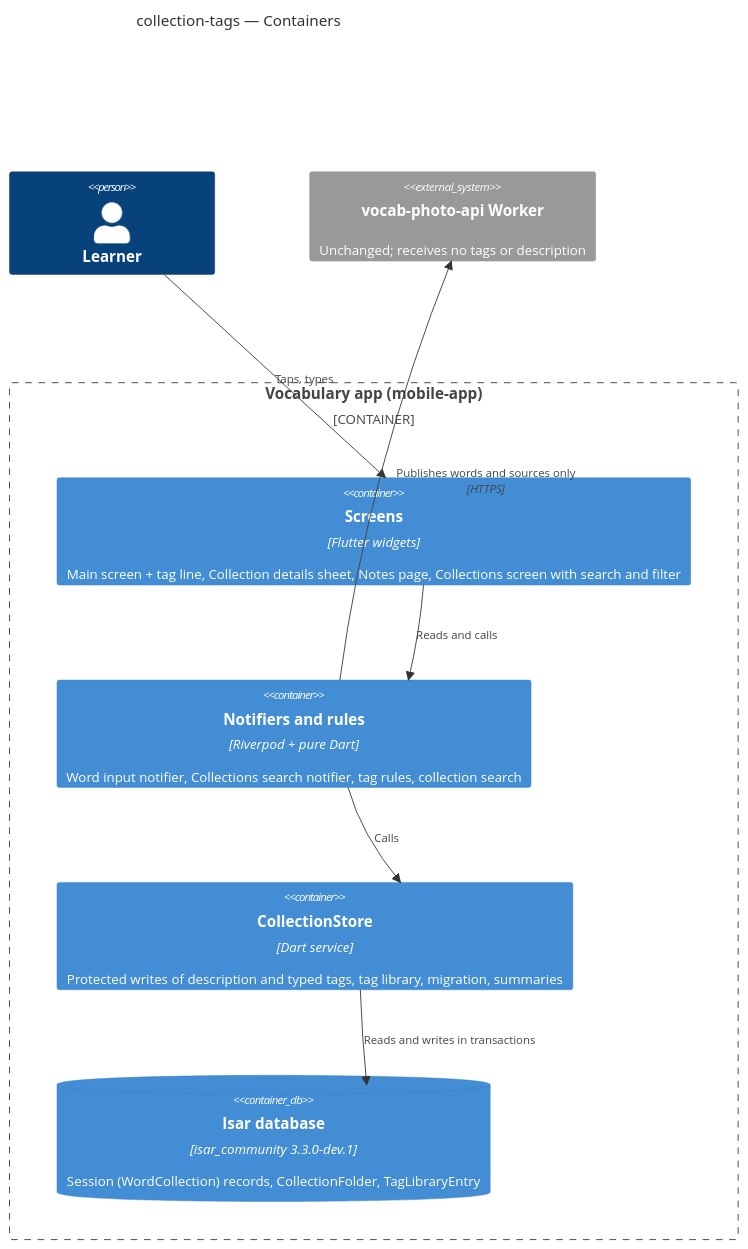
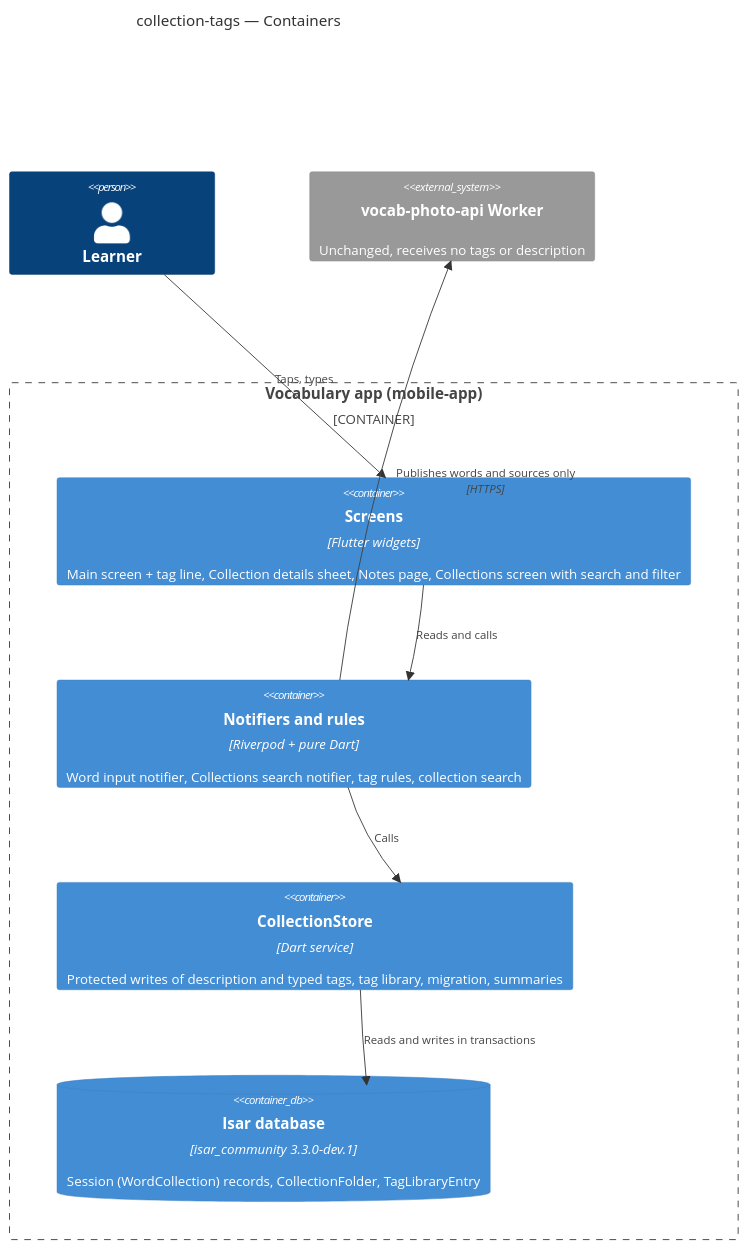
Before and after one commit to mlevytskiy/flutter_vocabulary_app: the second of 11 diagrams in docs/features/collection-tags/sad.md, drawn with Mermaid. The commit also changed other lines of this file and 1 other file, not shown here.

Commit message:
sequences: collection-tags runtime flows

````diff
--- a/docs/features/collection-tags/sad.md
+++ b/docs/features/collection-tags/sad.md
@@ -148,21 +148,21 @@
 ```mermaid
 C4Container
     title collection-tags — Containers
 
     Person(learner, "Learner")
 
     Container_Boundary(app, "Vocabulary app (mobile-app)") {
         Container(ui, "Screens", "Flutter widgets", "Main screen + tag line, Collection details sheet, Notes page, Collections screen with search and filter")
         Container(state, "Notifiers and rules", "Riverpod + pure Dart", "Word input notifier, Collections search notifier, tag rules, collection search")
         Container(stores, "CollectionStore", "Dart service", "Protected writes of description and typed tags, tag library, migration, summaries")
         ContainerDb(db, "Isar database", "isar_community 3.3.0-dev.1", "Session (WordCollection) records, CollectionFolder, TagLibraryEntry")
     }
 
-    System_Ext(worker, "vocab-photo-api Worker", "Unchanged; receives no tags or description")
+    System_Ext(worker, "vocab-photo-api Worker", "Unchanged, receives no tags or description")
 
     Rel(learner, ui, "Taps, types")
     Rel(ui, state, "Reads and calls")
     Rel(state, stores, "Calls")
     Rel(stores, db, "Reads and writes in transactions")
     Rel(state, worker, "Publishes words and sources only", "HTTPS")
 ```
````
